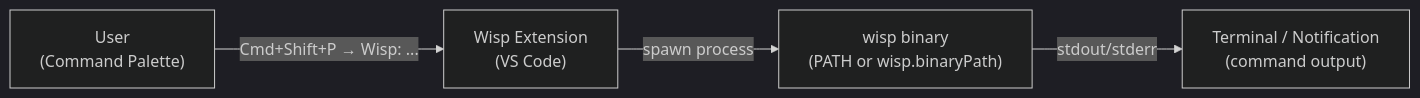
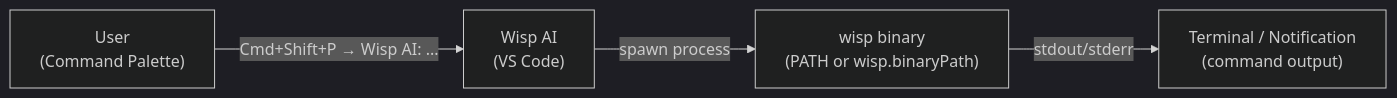
The diagram in docs/architecture/vscode-04-extension-docs/architecture.md (delehner/wisp), drawn with Mermaid (dark theme) before and after one commit. The commit also changed other lines of this file and 40 other files, not shown here.

````diff
--- a/docs/architecture/vscode-04-extension-docs/architecture.md
+++ b/docs/architecture/vscode-04-extension-docs/architecture.md
@@ -30,11 +30,11 @@
 ```mermaid
 flowchart LR
     User["User\n(Command Palette)"]
-    Ext["Wisp Extension\n(VS Code)"]
+    Ext["Wisp AI\n(VS Code)"]
     Binary["wisp binary\n(PATH or wisp.binaryPath)"]
     Output["Terminal / Notification\n(command output)"]
 
-    User -->|"Cmd+Shift+P → Wisp: ..."| Ext
+    User -->|"Cmd+Shift+P → Wisp AI: ..."| Ext
     Ext -->|"spawn process"| Binary
     Binary -->|"stdout/stderr"| Output
 ```
````
